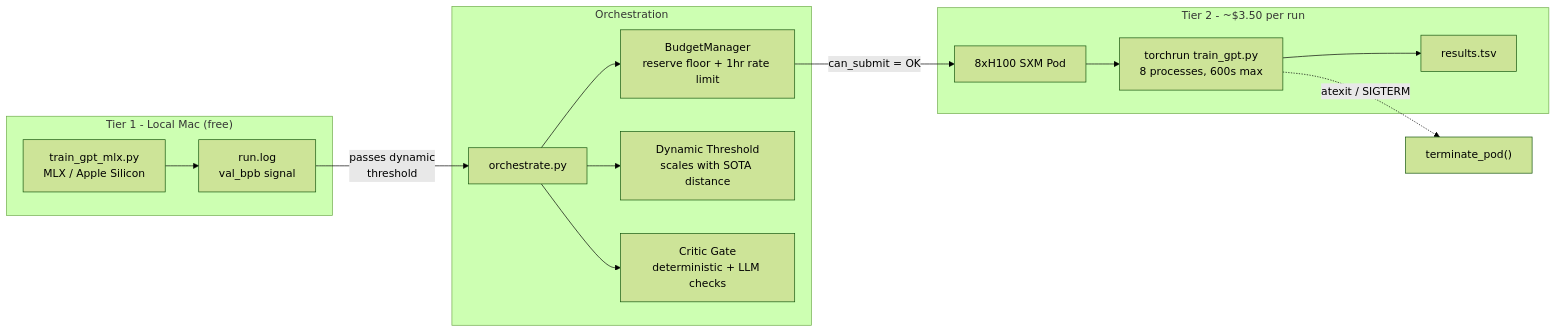
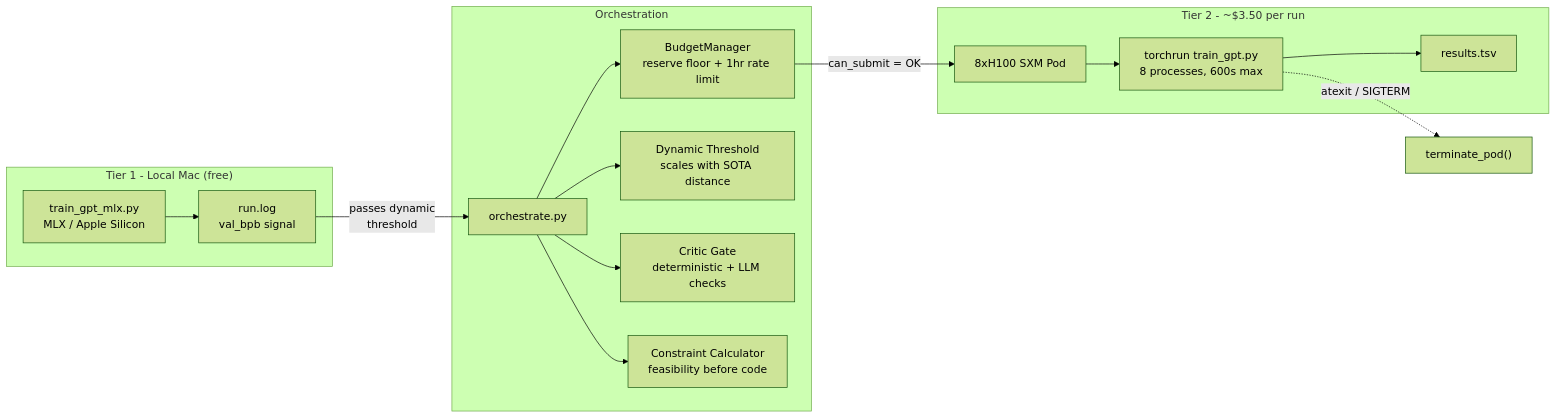
One commit to robinojw/parameter-golf-autoresearch changed the first of 2 diagrams in README.md. Above: the diagram before and after it, drawn with Mermaid (forest theme). The commit also changed other lines of this file and 3 other files, not shown here.

````diff
--- a/README.md
+++ b/README.md
@@ -20,29 +20,31 @@
 ```mermaid
 graph LR
     subgraph "Tier 1 - Local Mac (free)"
         MLX["train_gpt_mlx.py\nMLX / Apple Silicon"]
         LOG["run.log\nval_bpb signal"]
         MLX --> LOG
     end
 
     subgraph "Orchestration"
         ORC["orchestrate.py"]
         BUD["BudgetManager\nreserve floor + 1hr rate limit"]
         THR["Dynamic Threshold\nscales with SOTA distance"]
         CRT["Critic Gate\ndeterministic + LLM checks"]
+        CON["Constraint Calculator\nfeasibility before code"]
         ORC --> BUD
         ORC --> THR
         ORC --> CRT
+        ORC --> CON
     end
 
     subgraph "Tier 2 - ~$3.50 per run"
         POD["8xH100 SXM Pod"]
         TRAIN["torchrun train_gpt.py\n8 processes, 600s max"]
         TSV["results.tsv"]
         POD --> TRAIN --> TSV
     end
 
     LOG -- "passes dynamic\nthreshold" --> ORC
     BUD -- "can_submit = OK" --> POD
     TRAIN -. "atexit / SIGTERM" .-> TERM["terminate_pod()"]
 ```
````
